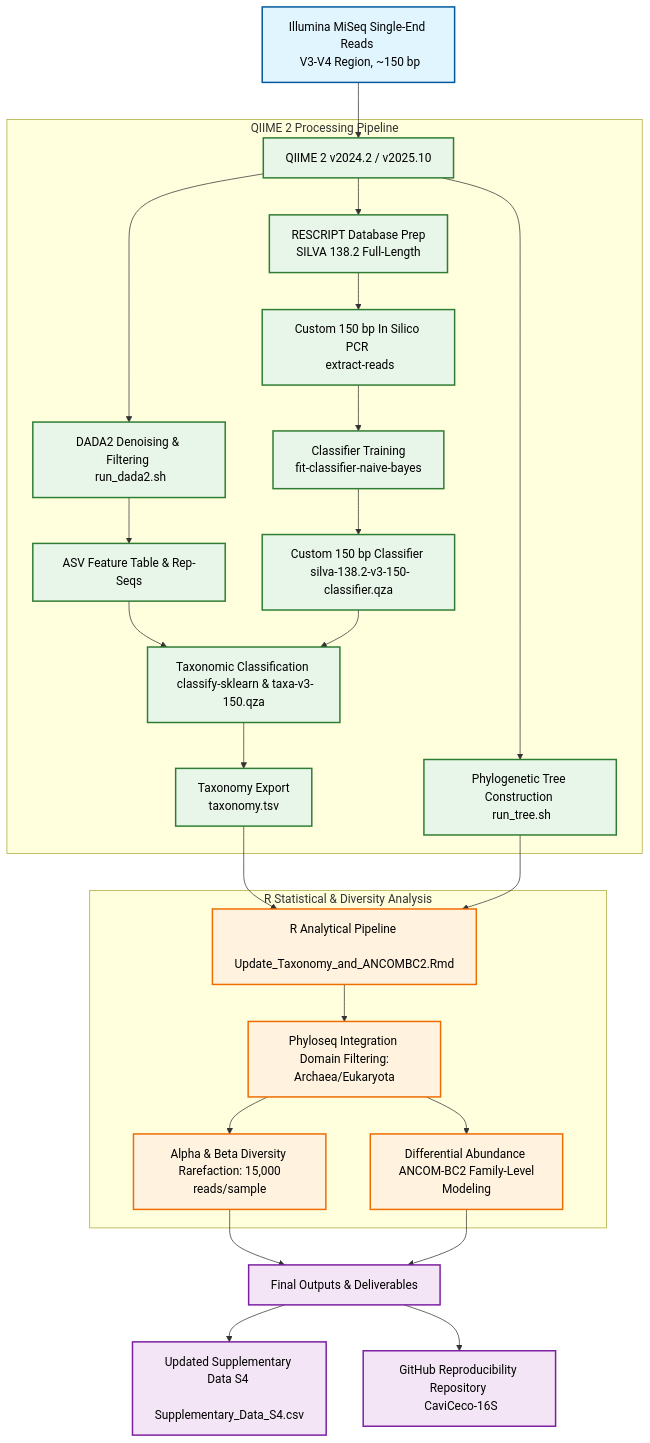
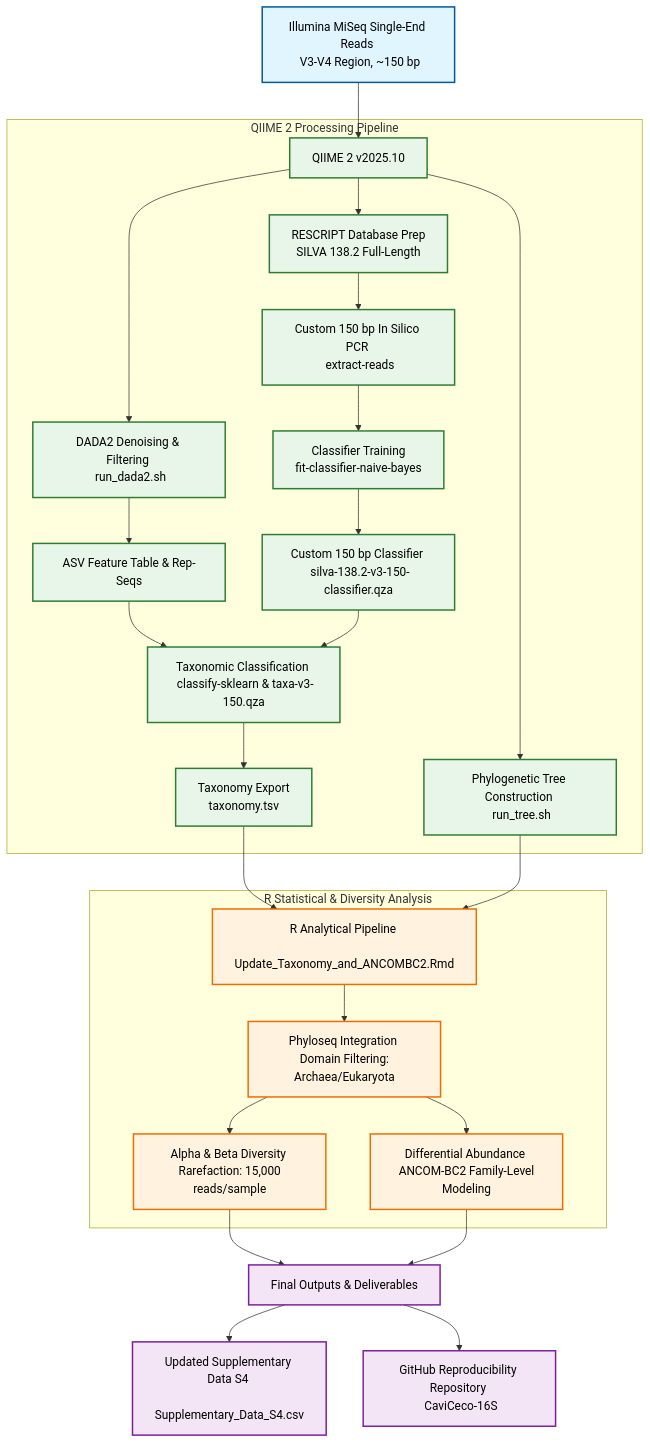
Before and after one commit to Elcornevic/CaviCeco-16S: the diagram in README.md, drawn with Mermaid.

````diff
--- a/README.md
+++ b/README.md
@@ -103,34 +103,34 @@
 ```mermaid
 graph TD
     %% Styling
     classDef process fill:#e1f5fe,stroke:#01579b,stroke-width:2px,color:#000;
     classDef qiime fill:#e8f5e9,stroke:#2e7d32,stroke-width:2px,color:#000;
     classDef rscript fill:#fff3e0,stroke:#ef6c00,stroke-width:2px,color:#000;
     classDef output fill:#f3e5f5,stroke:#7b1fa2,stroke-width:2px,color:#000;
 
-    A[Illumina MiSeq Single-End Reads <br> V3-V4 Region, ~150 bp]:::process --> B[QIIME 2 v2024.2 / v2025.10]:::qiime
+    A[Illumina MiSeq Single-End Reads <br> V3-V4 Region, ~150 bp]:::process --> B[QIIME 2 v2025.10]:::qiime
     
     subgraph QIIME 2 Processing Pipeline
         B --> C[DADA2 Denoising & Filtering <br> run_dada2.sh]:::qiime
         B --> D[RESCRIPT Database Prep <br> SILVA 138.2 Full-Length]:::qiime
         D --> E[Custom 150 bp In Silico PCR <br> extract-reads]:::qiime
         E --> F[Classifier Training <br> fit-classifier-naive-bayes]:::qiime
         C --> G[ASV Feature Table & Rep-Seqs]:::qiime
         F --> H[Custom 150 bp Classifier <br> silva-138.2-v3-150-classifier.qza]:::qiime
         G & H --> I[Taxonomic Classification <br> classify-sklearn & taxa-v3-150.qza]:::qiime
         I --> J[Taxonomy Export <br> taxonomy.tsv]:::qiime
         B --> K[Phylogenetic Tree Construction <br> run_tree.sh]:::qiime
     end
 
     J & K --> L[R Analytical Pipeline <br> Update_Taxonomy_and_ANCOMBC2.Rmd]:::rscript
 
     subgraph R Statistical & Diversity Analysis
         L --> M[Phyloseq Integration <br> Domain Filtering: Archaea/Eukaryota]:::rscript
         M --> N[Alpha & Beta Diversity <br> Rarefaction: 15,000 reads/sample]:::rscript
         M --> O[Differential Abundance <br> ANCOM-BC2 Family-Level Modeling]:::rscript
     end
 
     N & O --> P[Final Outputs & Deliverables]:::output
     P --> Q[Updated Supplementary Data S4 <br> Supplementary_Data_S4.csv]:::output
     P --> R[GitHub Reproducibility Repository <br> CaviCeco-16S]:::output
 ```
````
